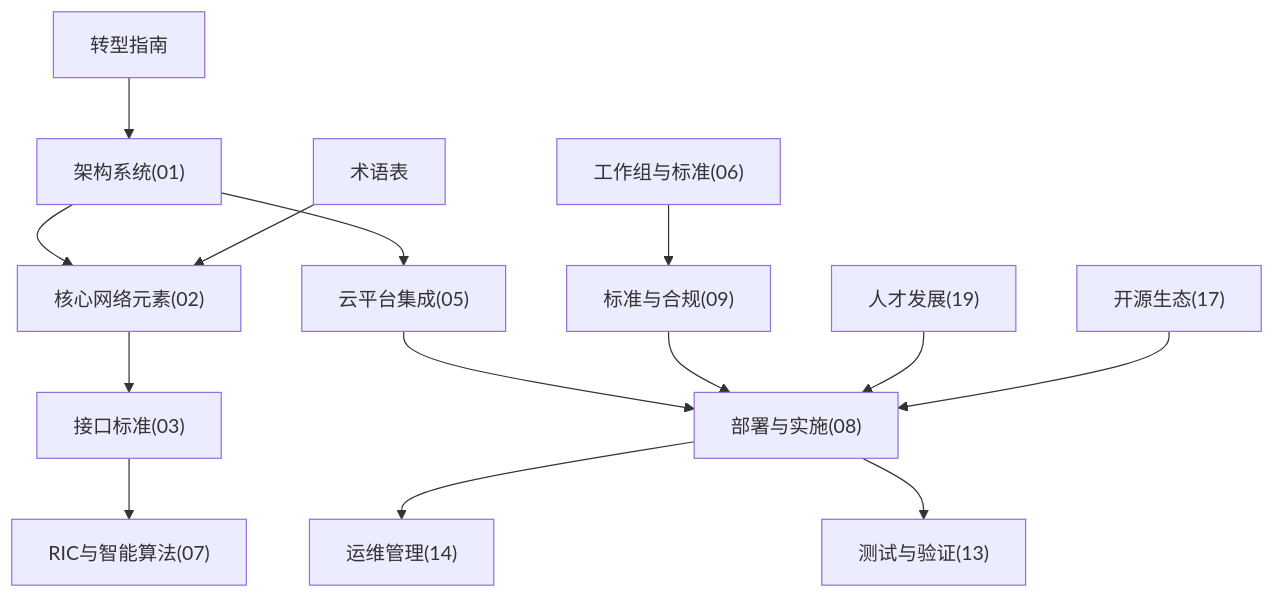
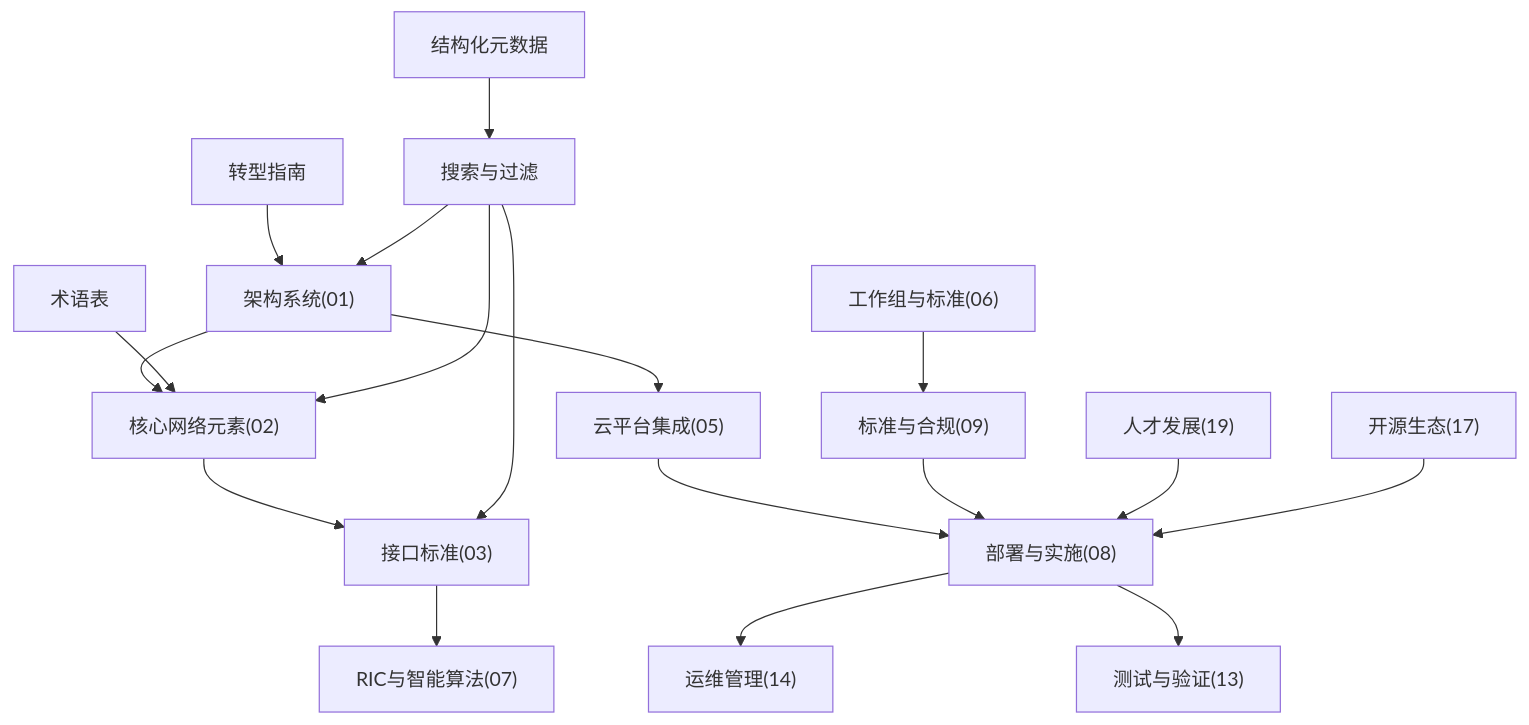
The sixth of 6 diagrams in .qoder/repowiki/zh/content/项目概述.md (allengaller/oran-database), drawn with Mermaid before and after one commit. The commit also changed other lines of this file and 13 other files, not shown here.

````diff
--- a/.qoder/repowiki/zh/content/项目概述.md
+++ b/.qoder/repowiki/zh/content/项目概述.md
@@ -243,16 +272,20 @@
 ```mermaid
 graph TB
 Arch["架构系统(01)"] --> Core["核心网络元素(02)"]
 Core --> IF["接口标准(03)"]
 IF --> RIC["RIC与智能算法(07)"]
 Arch --> Cloud["云平台集成(05)"]
 Cloud --> Impl["部署与实施(08)"]
 Impl --> Ops["运维管理(14)"]
 Impl --> Test["测试与验证(13)"]
 Std["标准与合规(09)"] --> Impl
 WG["工作组与标准(06)"] --> Std
 Tal["人才发展(19)"] --> Impl
 Eco["开源生态(17)"] --> Impl
 Gloss["术语表"] --> Core
 Trans["转型指南"] --> Arch
+Meta["结构化元数据"] --> Search["搜索与过滤"]
+Search --> Arch
+Search --> Core
+Search --> IF
 ```
````
